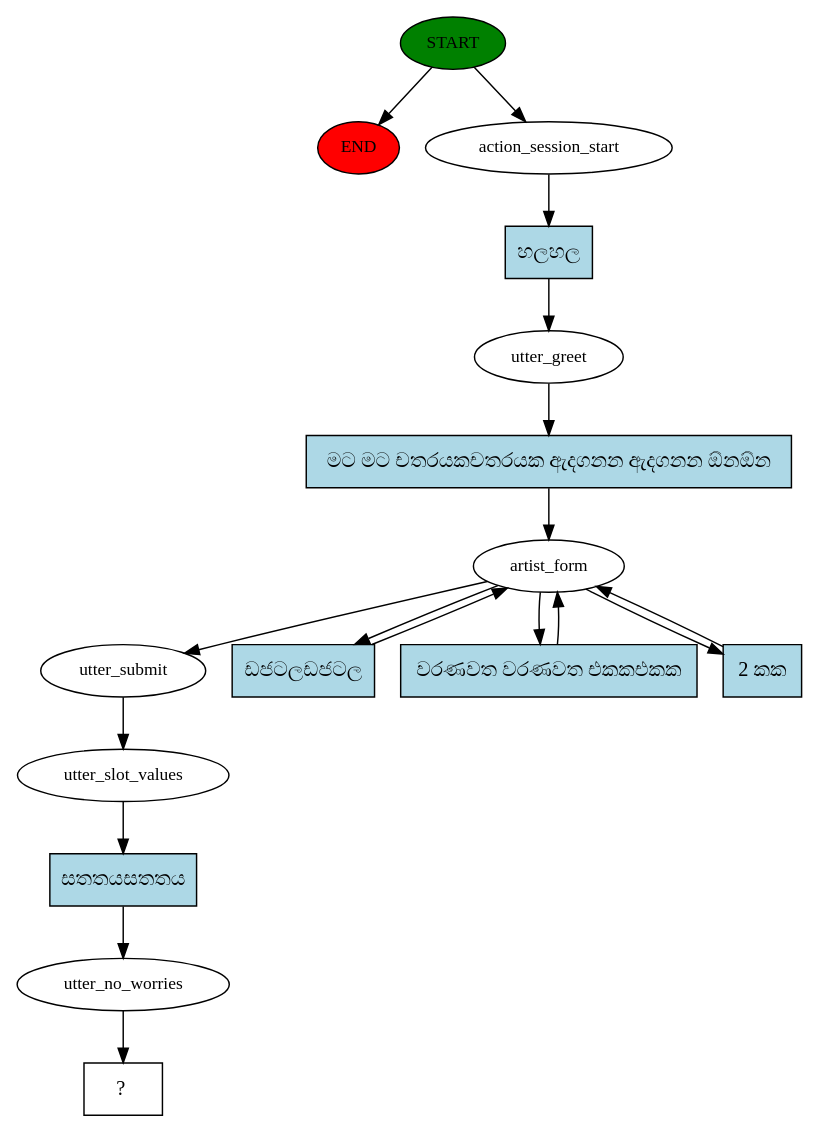
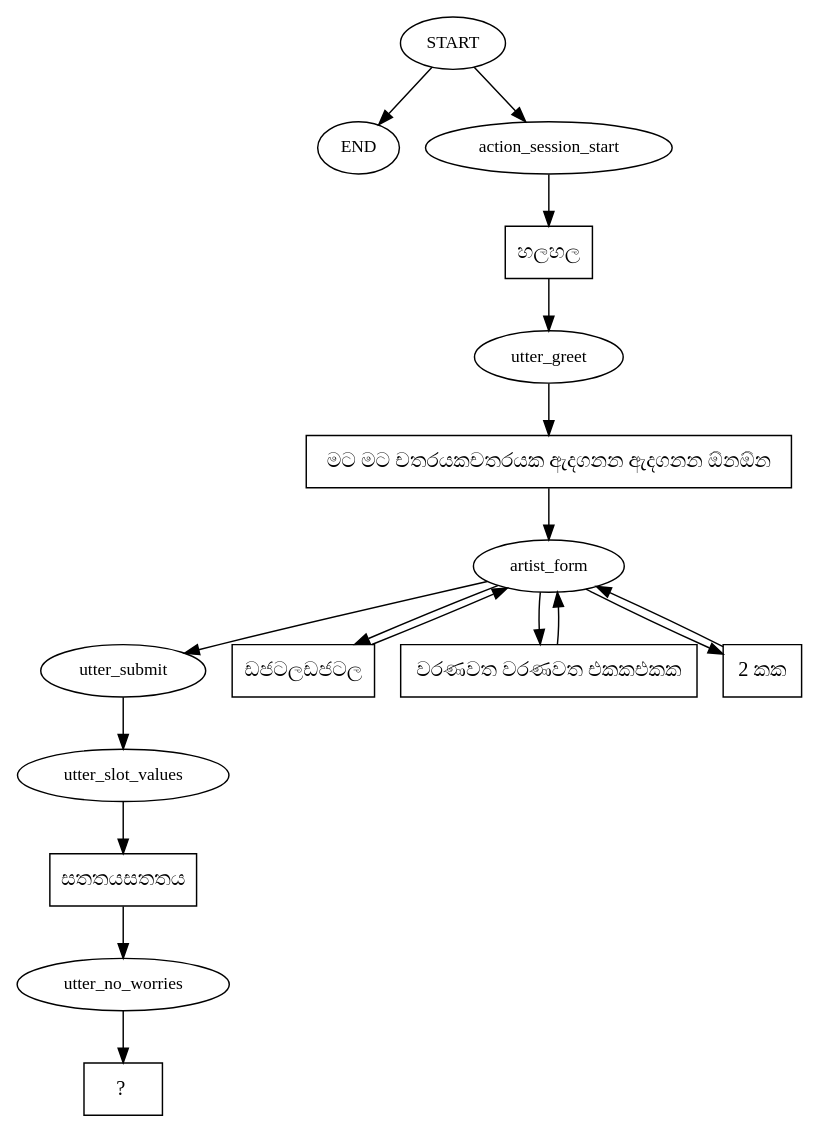
Before and after one commit to AnuttharadeSilva/ArtistsFinderChatbot: the diagram in story_graph.dot, drawn with Graphviz. The commit also changed 25 other files, not shown here.

```diff
--- a/story_graph.dot
+++ b/story_graph.dot
@@ -1,34 +1,34 @@
 digraph  {
-0 [class="start active", fillcolor=green, fontsize=12, label=START, style=filled];
-"-1" [class=end, fillcolor=red, fontsize=12, label=END, style=filled];
+0 [class="start active", fillcolor=green, fontsize=12, label=START, medium=filled];
+"-1" [class=end, fillcolor=red, fontsize=12, label=END, medium=filled];
 1 [class=active, fontsize=12, label=action_session_start];
 2 [class=active, fontsize=12, label=utter_greet];
 3 [class=active, fontsize=12, label=artist_form];
 7 [class=active, fontsize=12, label=utter_submit];
 8 [class=active, fontsize=12, label=utter_slot_values];
 9 [class=active, fontsize=12, label=utter_no_worries];
 10 [class="intent dashed active", label="  ?  ", shape=rect];
-11 [class="intent active", fillcolor=lightblue, label="හලහල", shape=rect, style=filled];
-12 [class="intent active", fillcolor=lightblue, label="මට මට චතරයකචතරයක ඇදගනන ඇදගනන ඕනඕන", shape=rect, style=filled];
-13 [class="intent active", fillcolor=lightblue, label="ඩජටලඩජටල", shape=rect, style=filled];
-14 [class="intent active", fillcolor=lightblue, label="වරණවත වරණවත එකකඑකක", shape=rect, style=filled];
-15 [class="intent active", fillcolor=lightblue, label="2 කක", shape=rect, style=filled];
-16 [class="intent active", fillcolor=lightblue, label="සතතයසතතය", shape=rect, style=filled];
+11 [class="intent active", fillcolor=lightblue, label="හලහල", shape=rect, medium=filled];
+12 [class="intent active", fillcolor=lightblue, label="මට මට චතරයකචතරයක ඇදගනන ඇදගනන ඕනඕන", shape=rect, medium=filled];
+13 [class="intent active", fillcolor=lightblue, label="ඩජටලඩජටල", shape=rect, medium=filled];
+14 [class="intent active", fillcolor=lightblue, label="වරණවත වරණවත එකකඑකක", shape=rect, medium=filled];
+15 [class="intent active", fillcolor=lightblue, label="2 කක", shape=rect, medium=filled];
+16 [class="intent active", fillcolor=lightblue, label="සතතයසතතය", shape=rect, medium=filled];
 0 -> "-1"  [class="", key=NONE, label=""];
 0 -> 1  [class=active, key=NONE, label=""];
 1 -> 11  [class=active, key=0];
 2 -> 12  [class=active, key=0];
 3 -> 7  [class=active, key=NONE, label=""];
 3 -> 13  [class=active, key=0];
 3 -> 14  [class=active, key=0];
 3 -> 15  [class=active, key=0];
 7 -> 8  [class=active, key=NONE, label=""];
 8 -> 16  [class=active, key=0];
 9 -> 10  [class=active, key=NONE, label=""];
 11 -> 2  [class=active, key=0];
 12 -> 3  [class=active, key=0];
 13 -> 3  [class=active, key=0];
 14 -> 3  [class=active, key=0];
 15 -> 3  [class=active, key=0];
 16 -> 9  [class=active, key=0];
 }
```
